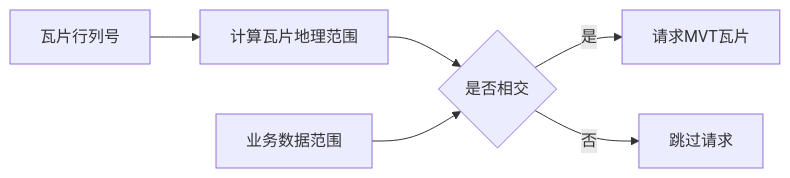
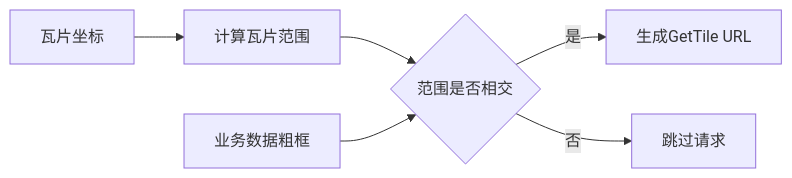
One commit to zheyi420/Dev-Wiki changed the third of 7 diagrams in Blog/mvt-webgl_heatmap-ccl/02-服务层-MVT瓦片与按需明细查询.md. Above: the diagram before and after it, drawn with Mermaid. The commit also changed other lines of this file, not shown here.

````diff
--- a/Blog/mvt-webgl_heatmap-ccl/02-服务层-MVT瓦片与按需明细查询.md
+++ b/Blog/mvt-webgl_heatmap-ccl/02-服务层-MVT瓦片与按需明细查询.md
@@ -130,13 +159,14 @@
 ```mermaid
 flowchart LR
-  tileCoord[瓦片行列号]
-  tileExtent[计算瓦片地理范围]
-  dataExtent[业务数据范围]
-  intersects{是否相交}
-  requestTile[请求MVT瓦片]
-  skipTile[跳过请求]
-  tileCoord --> tileExtent --> intersects
-  dataExtent --> intersects
-  intersects -->|"是"| requestTile
-  intersects -->|"否"| skipTile
+  tileCoord[瓦片坐标]
+  tileExtent[计算瓦片范围]
+  dataExtent[业务数据粗框]
+  intersectsRange{范围是否相交}
+  buildUrl[生成GetTile URL]
+  skipRequest[跳过请求]
+
+  tileCoord --> tileExtent --> intersectsRange
+  dataExtent --> intersectsRange
+  intersectsRange -->|"是"| buildUrl
+  intersectsRange -->|"否"| skipRequest
 ```
````
